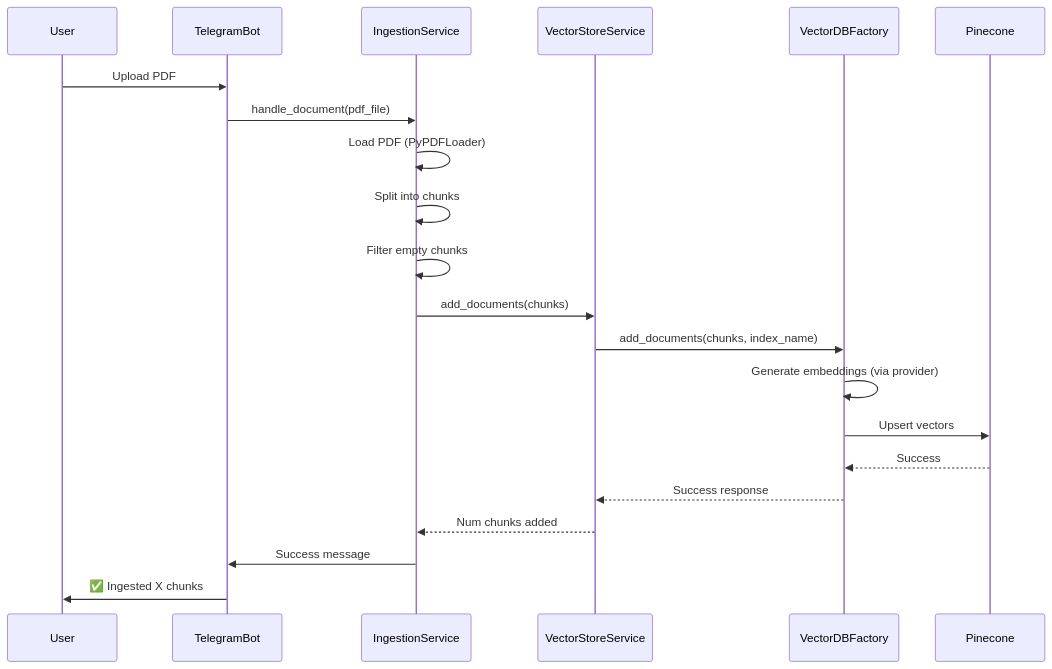
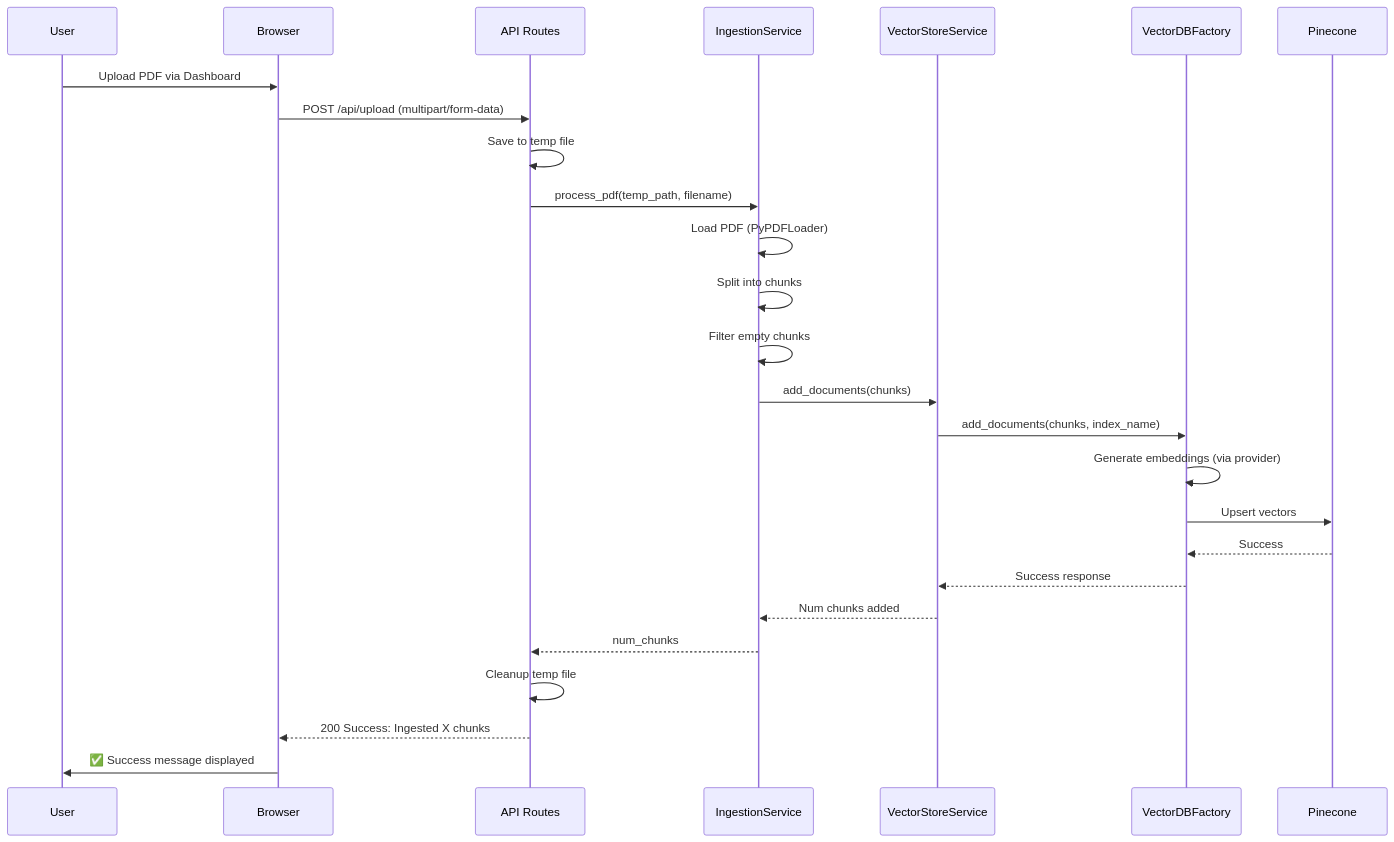
One commit to NayaneshGupte/RAG-Demo changed the third of 3 diagrams in docs/architecture/README.md. Above: the diagram before and after it, drawn with Mermaid. The commit also changed other lines of this file and 9 other files, not shown here.

````diff
--- a/docs/architecture/README.md
+++ b/docs/architecture/README.md
@@ -302,27 +333,33 @@
 ```mermaid
 sequenceDiagram
     participant User
-    participant Telegram as TelegramBot
+    participant Browser
+    participant API as API Routes
     participant Ingestion as IngestionService
     participant Vector as VectorStoreService
     participant VDB as VectorDBFactory
     participant Pinecone
     
-    User->>Telegram: Upload PDF
-    Telegram->>Ingestion: handle_document(pdf_file)
+    User->>Browser: Upload PDF via Dashboard
+    Browser->>API: POST /api/upload (multipart/form-data)
+    
+    API->>API: Save to temp file
+    API->>Ingestion: process_pdf(temp_path, filename)
     
     Ingestion->>Ingestion: Load PDF (PyPDFLoader)
     Ingestion->>Ingestion: Split into chunks
     Ingestion->>Ingestion: Filter empty chunks
     
     Ingestion->>Vector: add_documents(chunks)
     Vector->>VDB: add_documents(chunks, index_name)
     VDB->>VDB: Generate embeddings (via provider)
     VDB->>Pinecone: Upsert vectors
     Pinecone-->>VDB: Success
     VDB-->>Vector: Success response
     Vector-->>Ingestion: Num chunks added
     
-    Ingestion->>Telegram: Success message
-    Telegram->>User: ✅ Ingested X chunks
+    Ingestion-->>API: num_chunks
+    API->>API: Cleanup temp file
+    API-->>Browser: 200 Success: Ingested X chunks
+    Browser->>User: ✅ Success message displayed
 ```
````
